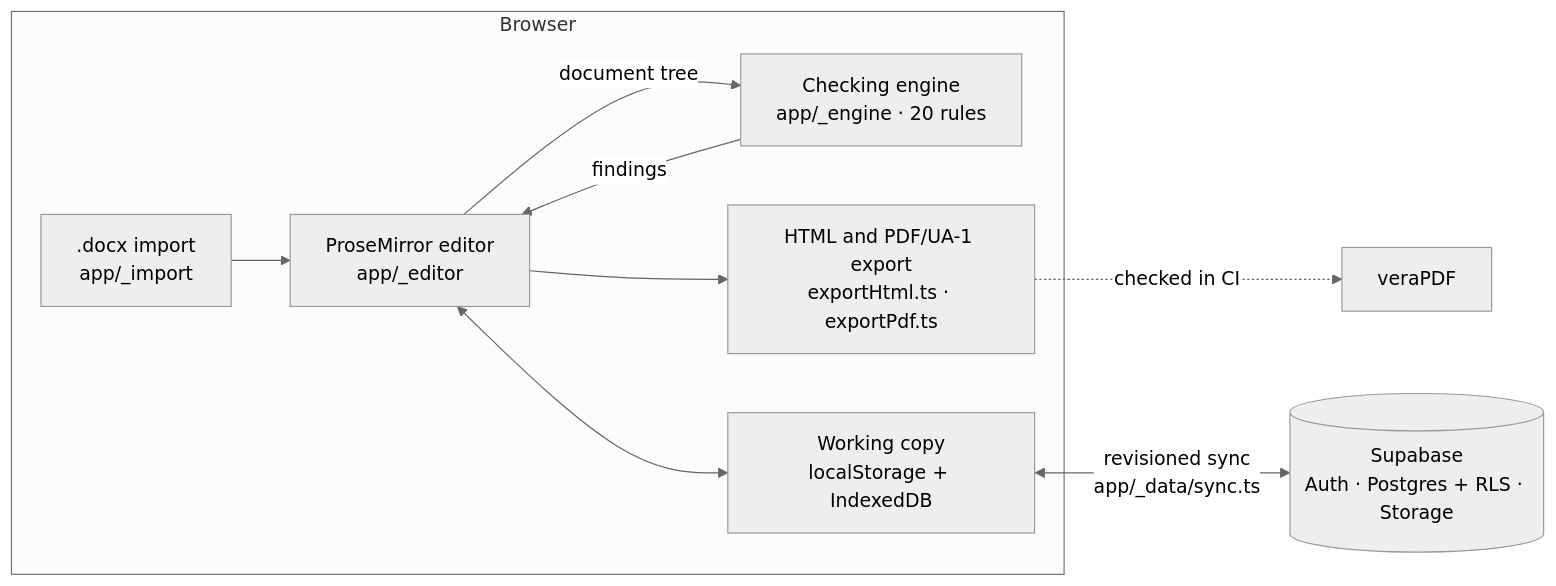
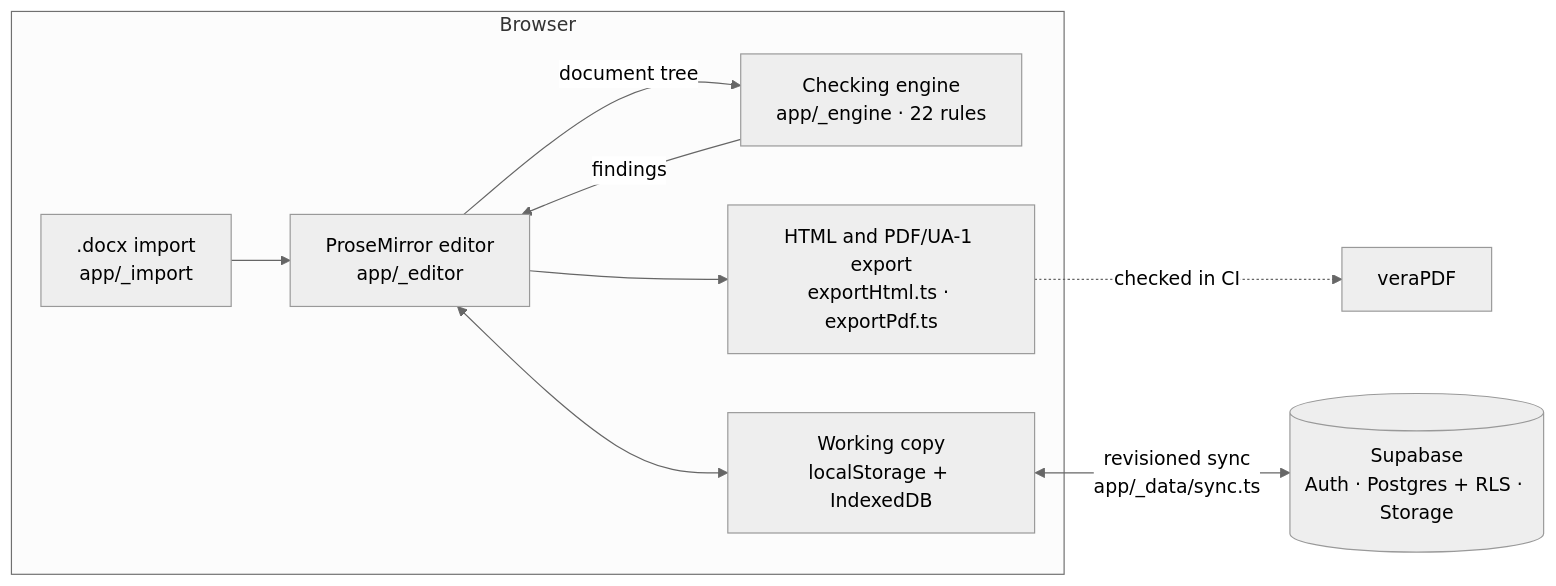
One commit to Ruckus000/Ada-editor changed the diagram in README.md. Above: the diagram before and after it, drawn with Mermaid (neutral theme). The commit also changed other lines of this file and 1 other file, not shown here.

First line of the commit message:
Homepage: read the rule count from RULES instead of saying "Twenty" (#127)

````diff
--- a/README.md
+++ b/README.md
@@ -183,12 +183,12 @@
 ```mermaid
 flowchart LR
   subgraph Browser
     IM[".docx import<br/>app/_import"] --> ED["ProseMirror editor<br/>app/_editor"]
-    ED -- "document tree" --> EN["Checking engine<br/>app/_engine · 20 rules"]
+    ED -- "document tree" --> EN["Checking engine<br/>app/_engine · 22 rules"]
     EN -- "findings" --> ED
     ED --> EX["HTML and PDF/UA-1 export<br/>exportHtml.ts · exportPdf.ts"]
     ED <--> ST["Working copy<br/>localStorage + IndexedDB"]
   end
   ST <-- "revisioned sync<br/>app/_data/sync.ts" --> SB[("Supabase<br/>Auth · Postgres + RLS · Storage")]
   EX -. "checked in CI" .-> VP["veraPDF"]
 ```
````
